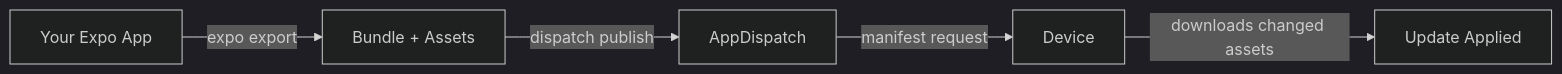
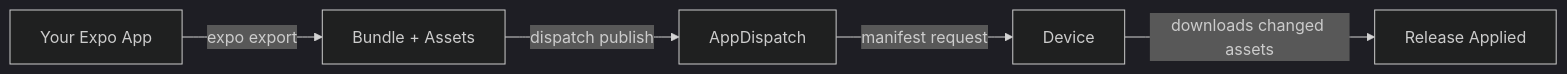
One commit to AppDispatch/docs changed the diagram in app/getting-started/page.mdx. Above: the diagram before and after it, drawn with Mermaid (dark theme). The commit also changed other lines of this file and 26 other files, not shown here.

````diff
--- a/app/getting-started/page.mdx
+++ b/app/getting-started/page.mdx
@@ -86,7 +86,7 @@
 ```mermaid
 flowchart LR
   A[Your Expo App] -->|expo export| B[Bundle + Assets]
   B -->|dispatch publish| C[AppDispatch]
   C -->|manifest request| D[Device]
-  D -->|downloads changed assets| E[Update Applied]
+  D -->|downloads changed assets| E[Release Applied]
 ```
````
